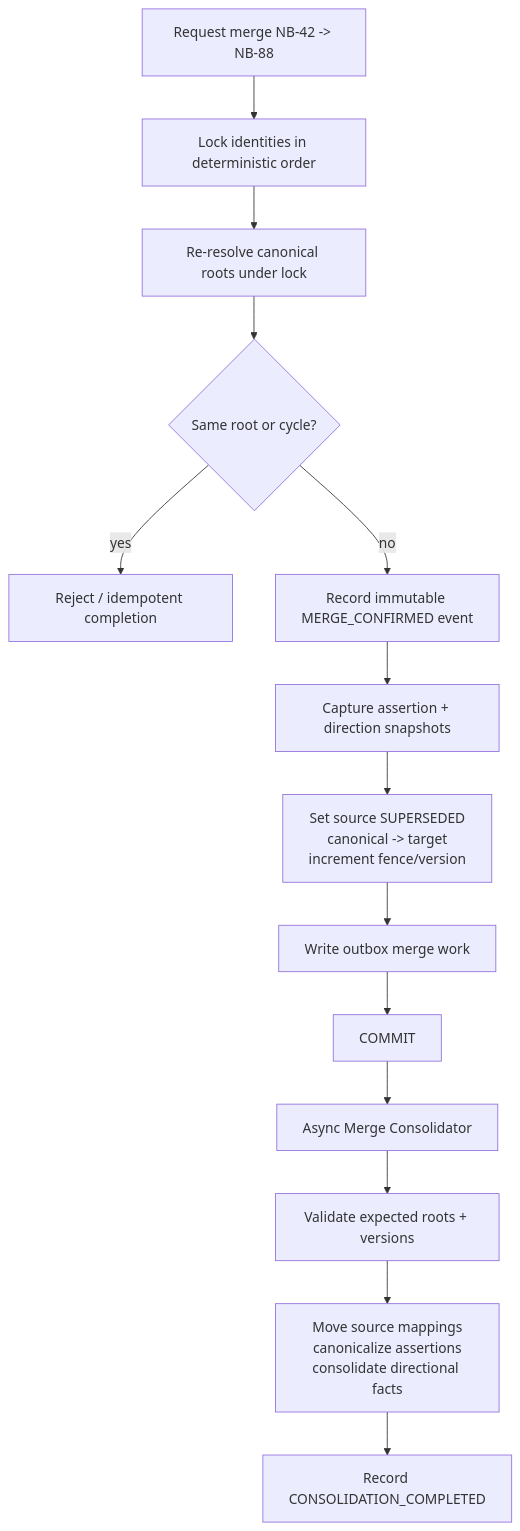
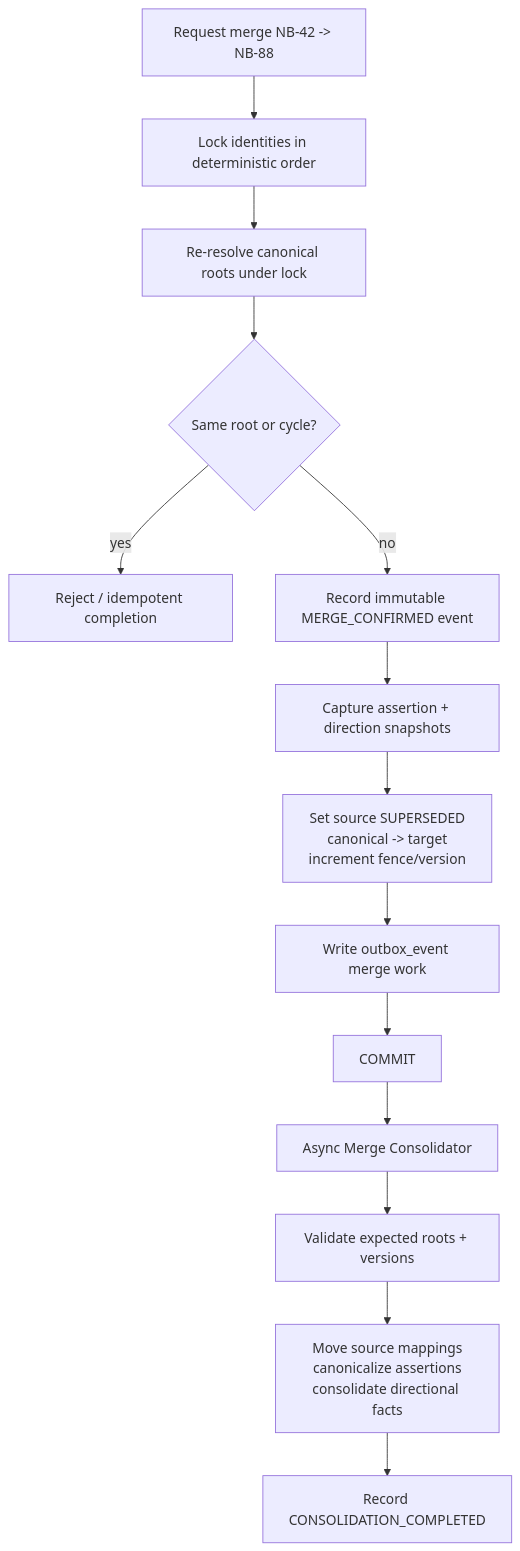
One commit to goutam-git/quickbooks-business-network-design changed the seventh of 9 diagrams in README.md. Above: the diagram before and after it, drawn with Mermaid. The commit also changed other lines of this file, not shown here.

````diff
--- a/README.md
+++ b/README.md
@@ -1205,21 +1192,21 @@
 ``` mermaid
 flowchart TD
     A["Request merge NB-42 -> NB-88"]
     B["Lock identities in deterministic order"]
     C["Re-resolve canonical roots under lock"]
     D{"Same root or cycle?"}
     E["Reject / idempotent completion"]
     F["Record immutable MERGE_CONFIRMED event"]
     G["Capture assertion + direction snapshots"]
     H["Set source SUPERSEDED<br/>canonical -> target<br/>increment fence/version"]
-    I["Write outbox merge work"]
+    I["Write outbox_event merge work"]
     J["COMMIT"]
     K["Async Merge Consolidator"]
     L["Validate expected roots + versions"]
     M["Move source mappings<br/>canonicalize assertions<br/>consolidate directional facts"]
     N["Record CONSOLIDATION_COMPLETED"]
 
     A --> B --> C --> D
     D -- yes --> E
     D -- no --> F --> G --> H --> I --> J --> K --> L --> M --> N
 ```
````
